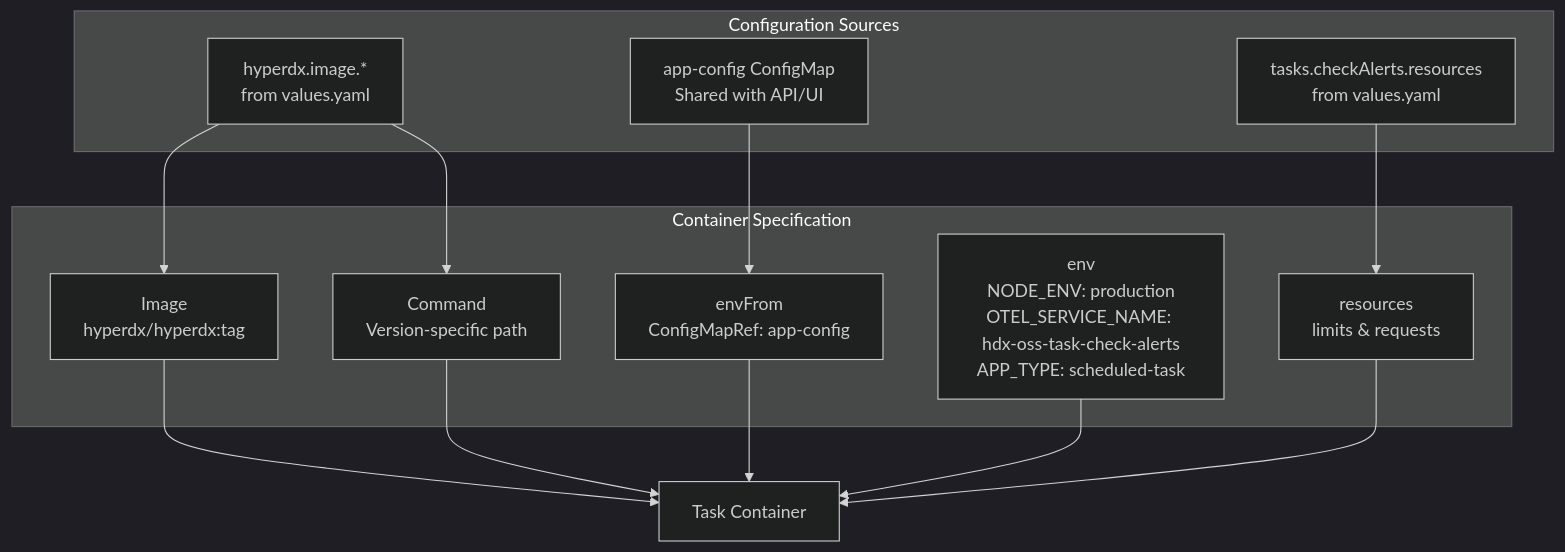
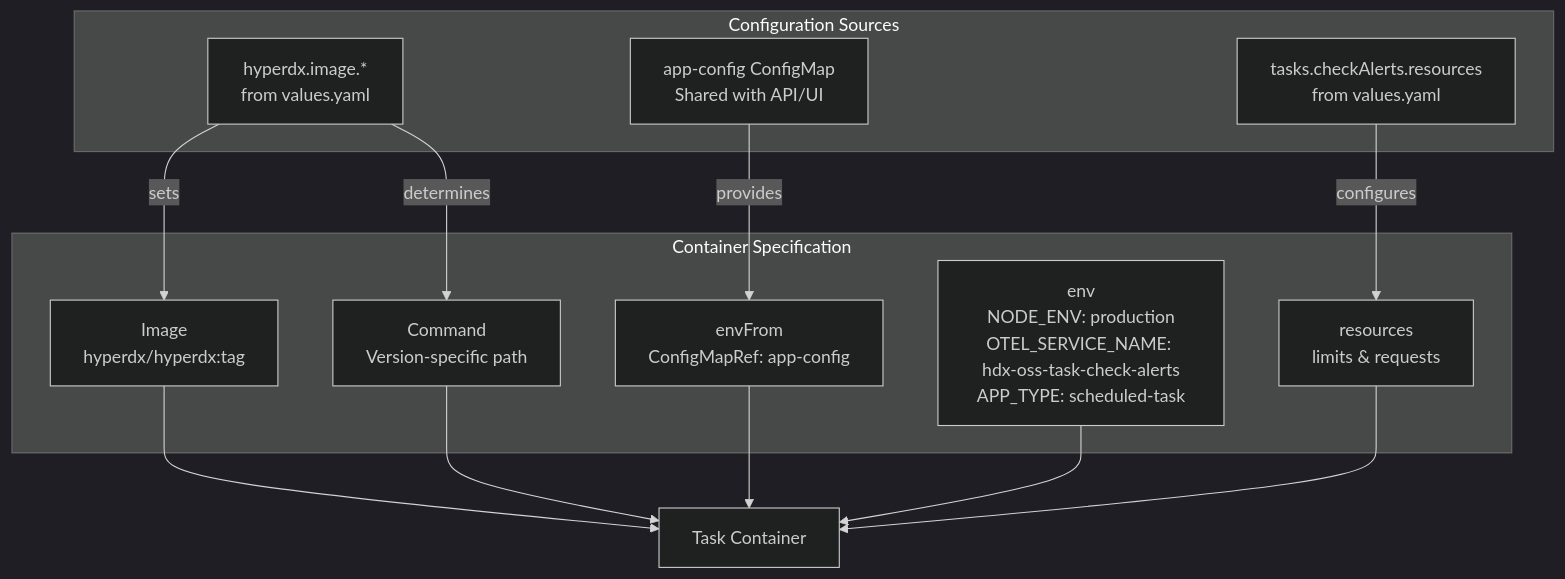
Before and after one commit to openchoreo/openchoreo: the third of 4 diagrams in docs/hyperdxio-helm-charts-docs/Scheduled-Tasks-System.md, drawn with Mermaid (dark theme). The commit also changed other lines of this file and 85 other files, not shown here.

Commit message:
feat: Add new workflow and specification templates, update Helm chart dependencies, and clarify documentation diagrams.

````diff
--- a/docs/hyperdxio-helm-charts-docs/Scheduled-Tasks-System.md
+++ b/docs/hyperdxio-helm-charts-docs/Scheduled-Tasks-System.md
@@ -174,37 +174,37 @@
 ```mermaid
 flowchart TD
 
 Image["Image<br>hyperdx/hyperdx:tag"]
 Command["Command<br>Version-specific path"]
 EnvFrom["envFrom<br>ConfigMapRef: app-config"]
 Env["env<br>NODE_ENV: production<br>OTEL_SERVICE_NAME: hdx-oss-task-check-alerts<br>APP_TYPE: scheduled-task"]
 Resources["resources<br>limits & requests"]
 HyperdxValues["hyperdx.image.*<br>from values.yaml"]
 TaskValues["tasks.checkAlerts.resources<br>from values.yaml"]
 AppConfig["app-config ConfigMap<br>Shared with API/UI"]
 Container["Task Container"]
 
-HyperdxValues --> Image
-HyperdxValues --> Command
-AppConfig --> EnvFrom
-TaskValues --> Resources
+HyperdxValues -->|"sets"| Image
+HyperdxValues -->|"determines"| Command
+AppConfig -->|"provides"| EnvFrom
+TaskValues -->|"configures"| Resources
 Image --> Container
 Command --> Container
 EnvFrom --> Container
 Env --> Container
 Resources --> Container
 
 subgraph subGraph1 ["Configuration Sources"]
     HyperdxValues
     TaskValues
     AppConfig
 end
 
 subgraph subGraph0 ["Container Specification"]
     Image
     Command
     EnvFrom
     Env
     Resources
 end
 ```
````
